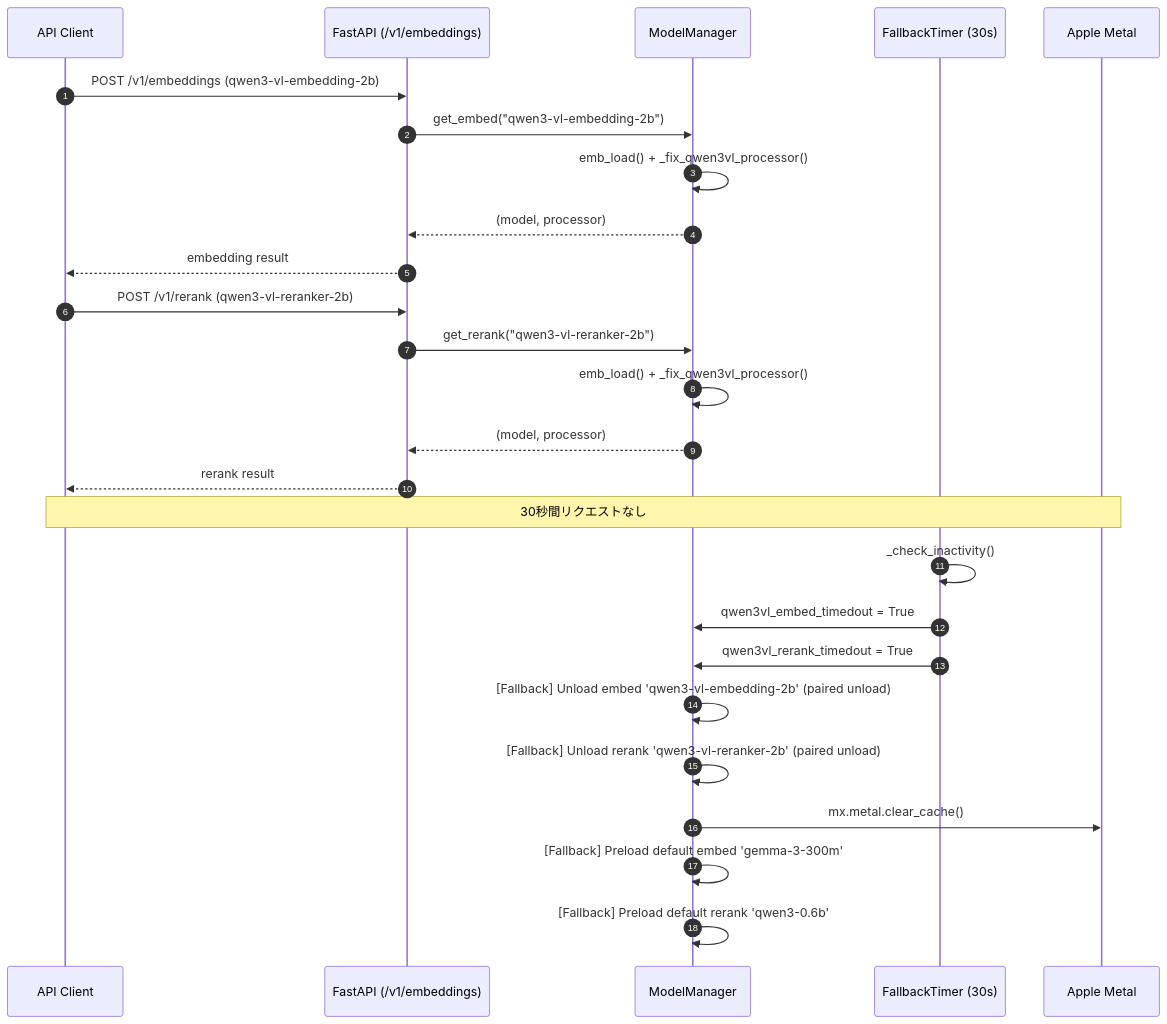
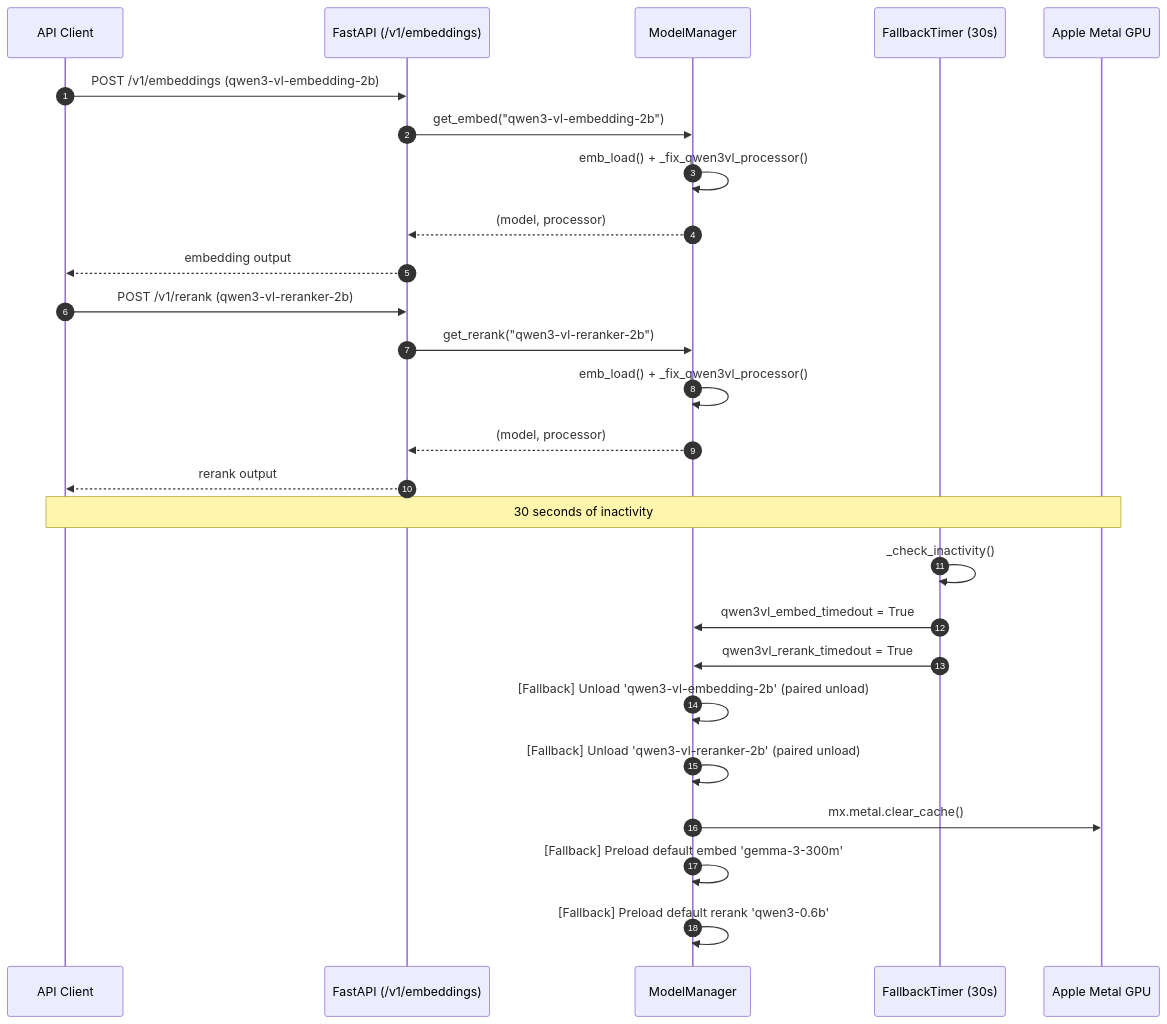
One commit to norizou/mlx-embed-rerank-server changed the second of 2 diagrams in README.md. Above: the diagram before and after it, drawn with Mermaid. The commit also changed other lines of this file and 2 other files, not shown here.

Commit message:
docs: add English README.md, rename original to README_JA.md, and update project name to mlx-embed-rerank-server

````diff
--- a/README.md
+++ b/README.md
@@ -76,33 +74,33 @@
 ```mermaid
 sequenceDiagram
     autonumber
     participant Client as API Client
     participant API as FastAPI (/v1/embeddings)
     participant MM as ModelManager
     participant Timer as FallbackTimer (30s)
-    participant GPU as Apple Metal
+    participant GPU as Apple Metal GPU
 
     Client->>API: POST /v1/embeddings (qwen3-vl-embedding-2b)
     API->>MM: get_embed("qwen3-vl-embedding-2b")
     MM->>MM: emb_load() + _fix_qwen3vl_processor()
     MM-->>API: (model, processor)
-    API-->>Client: embedding result
+    API-->>Client: embedding output
 
     Client->>API: POST /v1/rerank (qwen3-vl-reranker-2b)
     API->>MM: get_rerank("qwen3-vl-reranker-2b")
     MM->>MM: emb_load() + _fix_qwen3vl_processor()
     MM-->>API: (model, processor)
-    API-->>Client: rerank result
+    API-->>Client: rerank output
 
-    Note over Client,GPU: 30秒間リクエストなし
+    Note over Client,GPU: 30 seconds of inactivity
 
     Timer->>Timer: _check_inactivity()
     Timer->>MM: qwen3vl_embed_timedout = True
     Timer->>MM: qwen3vl_rerank_timedout = True
 
-    MM->>MM: [Fallback] Unload embed 'qwen3-vl-embedding-2b' (paired unload)
-    MM->>MM: [Fallback] Unload rerank 'qwen3-vl-reranker-2b' (paired unload)
+    MM->>MM: [Fallback] Unload 'qwen3-vl-embedding-2b' (paired unload)
+    MM->>MM: [Fallback] Unload 'qwen3-vl-reranker-2b' (paired unload)
     MM->>GPU: mx.metal.clear_cache()
     MM->>MM: [Fallback] Preload default embed 'gemma-3-300m'
     MM->>MM: [Fallback] Preload default rerank 'qwen3-0.6b'
 ```
````
